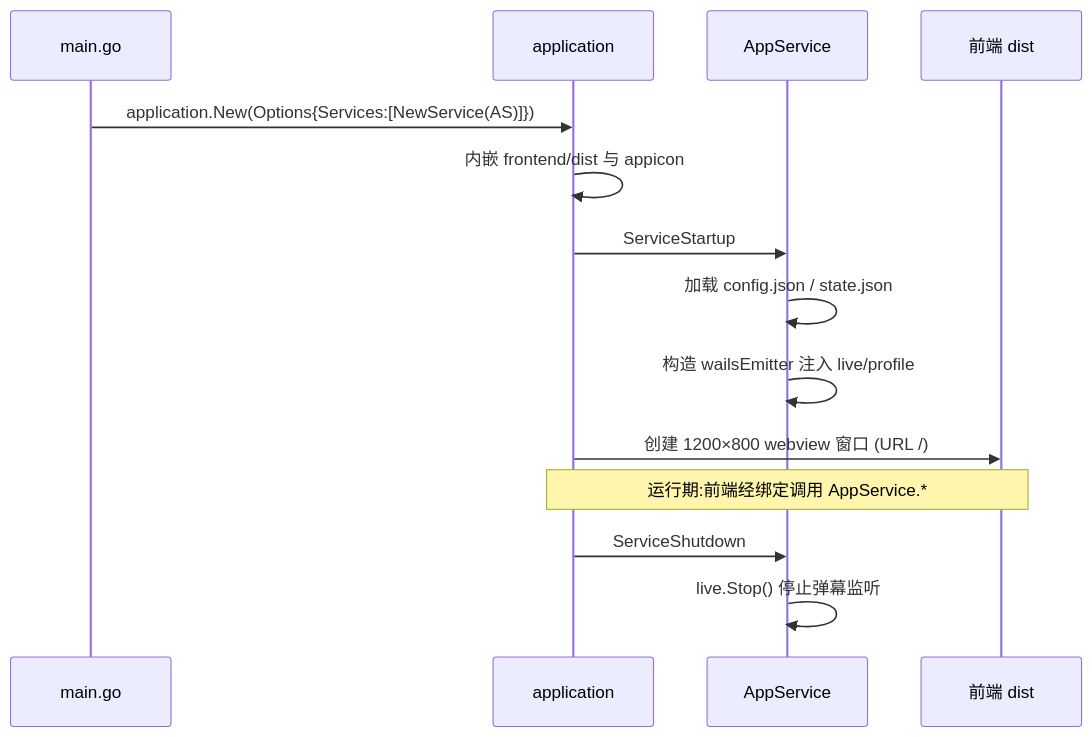
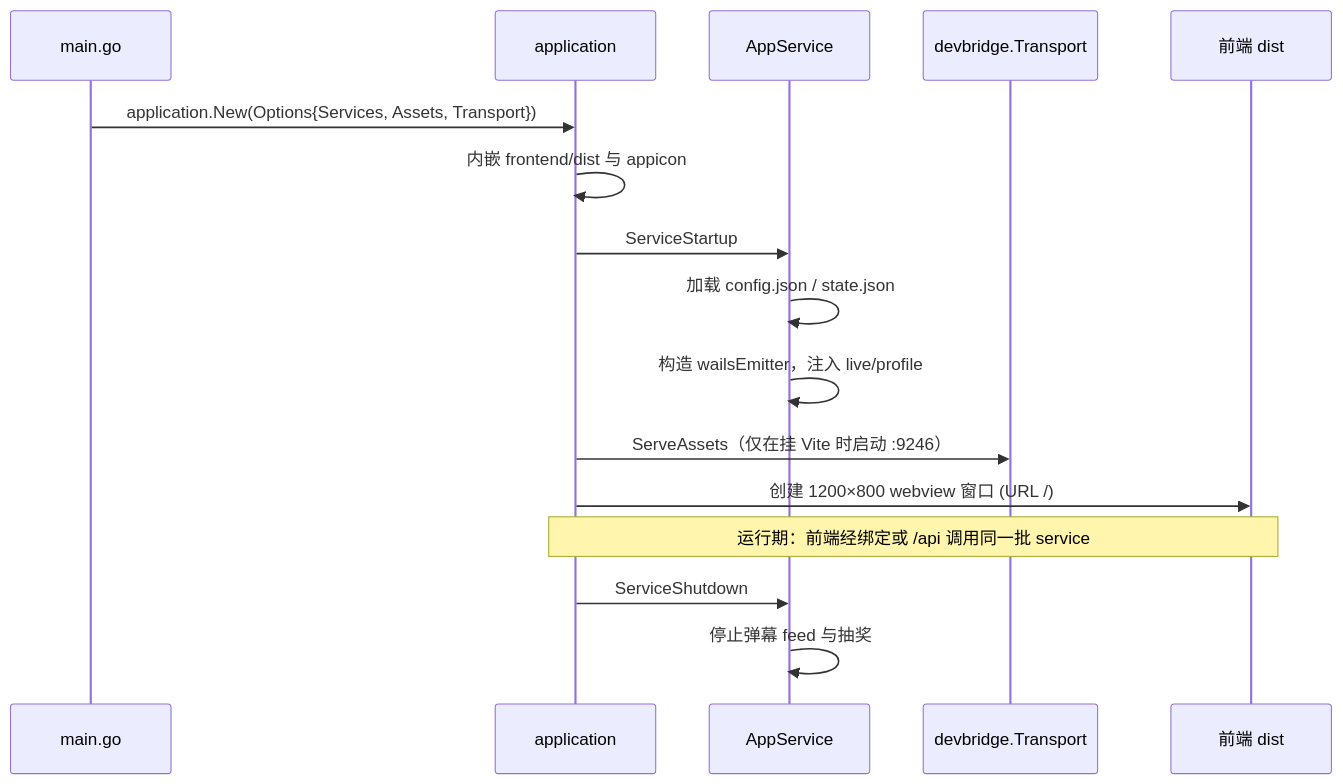
The first of 2 diagrams in docs/architecture/backend.md (aDarkMaker/BiliLuckyDraw), drawn with Mermaid before and after one commit. The commit also changed other lines of this file and 30 other files, not shown here.

````diff
--- a/docs/architecture/backend.md
+++ b/docs/architecture/backend.md
@@ -7,17 +7,19 @@
 ```mermaid
 sequenceDiagram
     participant M as main.go
     participant A as application
     participant AS as AppService
+    participant BR as devbridge.Transport
     participant FS as 前端 dist
 
-    M->>A: application.New(Options{Services:[NewService(AS)]})
+    M->>A: application.New(Options{Services, Assets, Transport})
     A->>A: 内嵌 frontend/dist 与 appicon
     A->>AS: ServiceStartup
     AS->>AS: 加载 config.json / state.json
-    AS->>AS: 构造 wailsEmitter 注入 live/profile
+    AS->>AS: 构造 wailsEmitter，注入 live/profile
+    A->>BR: ServeAssets（仅在挂 Vite 时启动 :9246）
     A->>FS: 创建 1200×800 webview 窗口 (URL /)
-    Note over A,FS: 运行期:前端经绑定调用 AppService.*
+    Note over A,FS: 运行期：前端经绑定或 /api 调用同一批 service
     A->>AS: ServiceShutdown
-    AS->>AS: live.Stop() 停止弹幕监听
+    AS->>AS: 停止弹幕 feed 与抽奖
 ```
````
